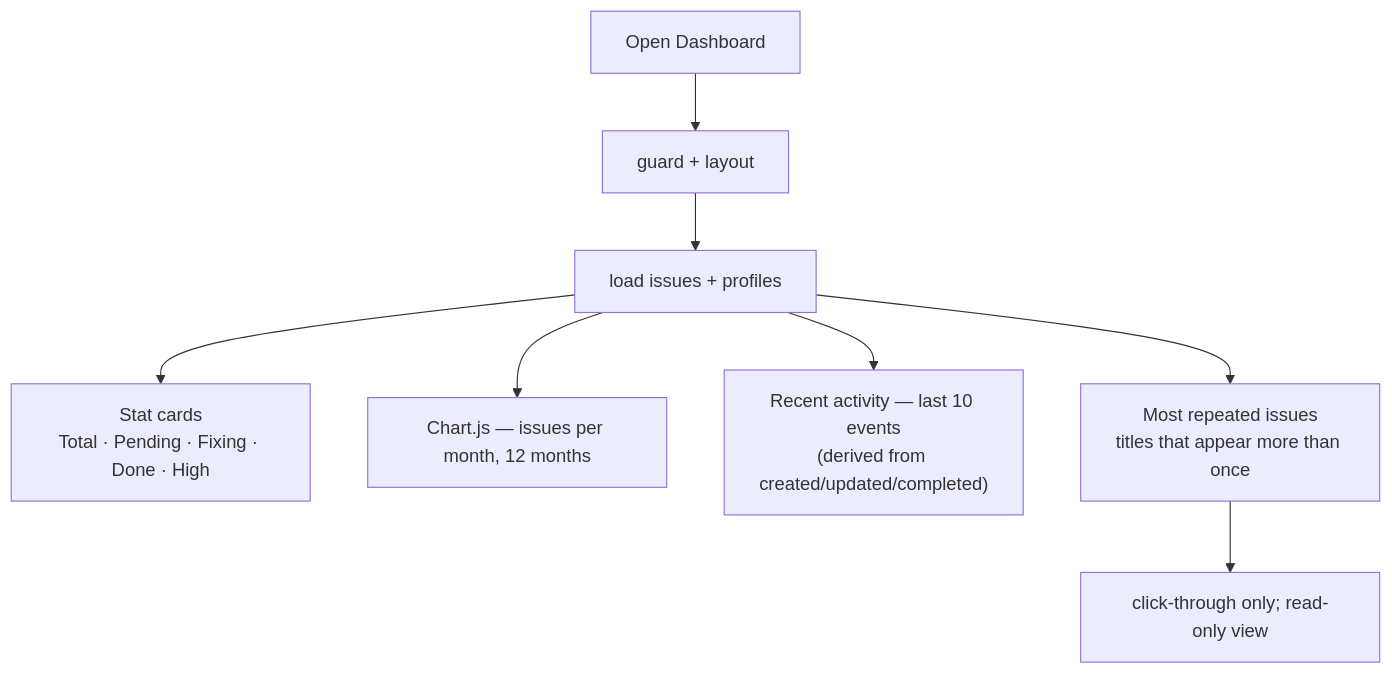
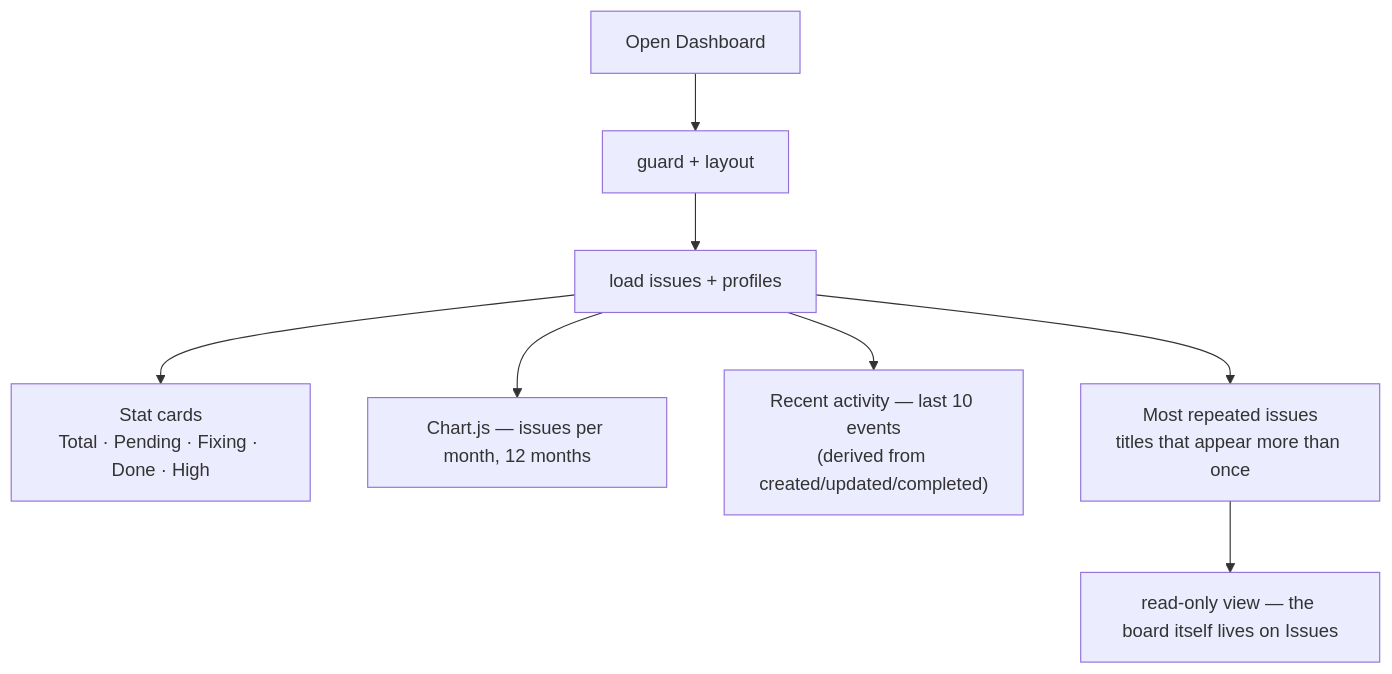
The sixth of 22 diagrams in HANDOVER.md (rawrmeo/issue-tracker), drawn with Mermaid before and after one commit. The commit also changed other lines of this file and 5 other files, not shown here.

````diff
--- a/HANDOVER.md
+++ b/HANDOVER.md
@@ -262,10 +306,10 @@
 ```mermaid
 flowchart TD
   A["Open Dashboard"] --> B["guard + layout"]
   B --> C["load issues + profiles"]
   C --> D["Stat cards<br/>Total · Pending · Fixing · Done · High"]
   C --> E["Chart.js — issues per month, 12 months"]
   C --> F["Recent activity — last 10 events<br/>(derived from created/updated/completed)"]
   C --> G["Most repeated issues<br/>titles that appear more than once"]
-  G --> H["click-through only; read-only view"]
+  G --> H["read-only view — the board itself lives on Issues"]
 ```
````
